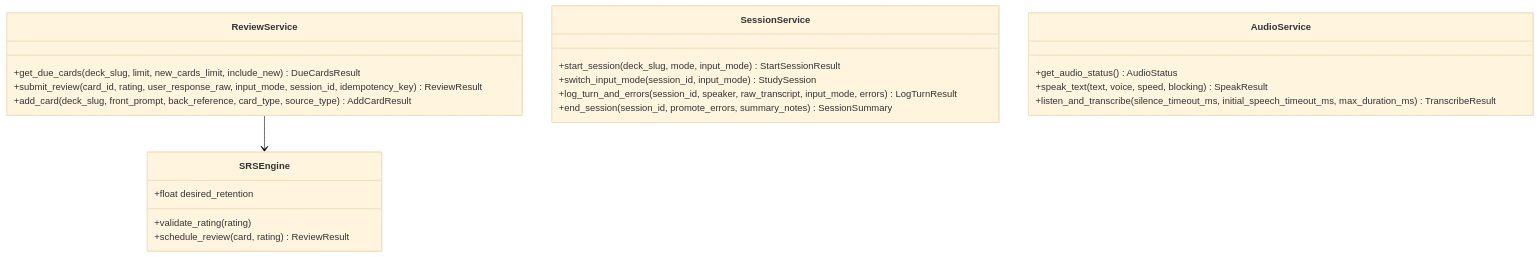
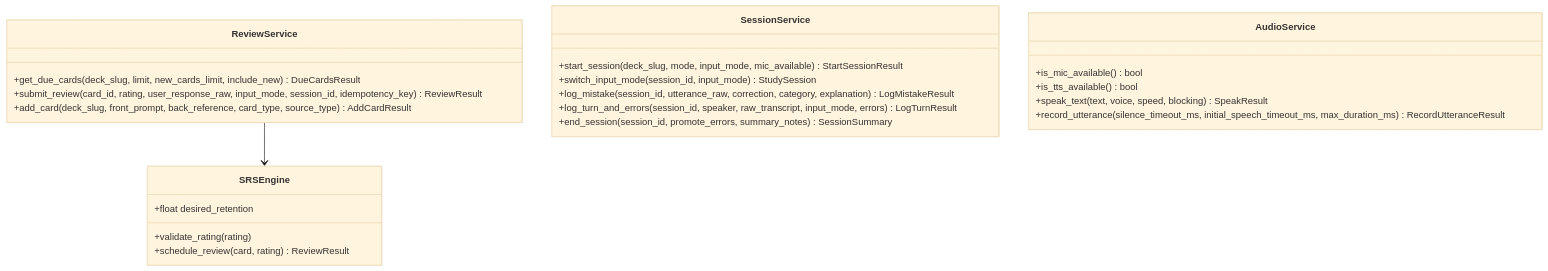
Before and after one commit to tiaggofg/sparkspeak: the first of 3 diagrams in docs/modelo-dominio-e-dados.md, drawn with Mermaid (base theme). The commit also changed 41 other files, not shown here.

First line of the commit message:
feat(audio): add multimodal wav capture and kokoro tts

````diff
--- a/docs/modelo-dominio-e-dados.md
+++ b/docs/modelo-dominio-e-dados.md
@@ -5,29 +5,31 @@
 ```mermaid
 classDiagram
   class SRSEngine {
     +float desired_retention
     +validate_rating(rating)
     +schedule_review(card, rating) ReviewResult
   }
 
   class ReviewService {
     +get_due_cards(deck_slug, limit, new_cards_limit, include_new) DueCardsResult
     +submit_review(card_id, rating, user_response_raw, input_mode, session_id, idempotency_key) ReviewResult
     +add_card(deck_slug, front_prompt, back_reference, card_type, source_type) AddCardResult
   }
 
   class SessionService {
-    +start_session(deck_slug, mode, input_mode) StartSessionResult
+    +start_session(deck_slug, mode, input_mode, mic_available) StartSessionResult
     +switch_input_mode(session_id, input_mode) StudySession
+    +log_mistake(session_id, utterance_raw, correction, category, explanation) LogMistakeResult
     +log_turn_and_errors(session_id, speaker, raw_transcript, input_mode, errors) LogTurnResult
     +end_session(session_id, promote_errors, summary_notes) SessionSummary
   }
 
   class AudioService {
-    +get_audio_status() AudioStatus
+    +is_mic_available() bool
+    +is_tts_available() bool
     +speak_text(text, voice, speed, blocking) SpeakResult
-    +listen_and_transcribe(silence_timeout_ms, initial_speech_timeout_ms, max_duration_ms) TranscribeResult
+    +record_utterance(silence_timeout_ms, initial_speech_timeout_ms, max_duration_ms) RecordUtteranceResult
   }
 
   ReviewService --> SRSEngine
 ```
````
